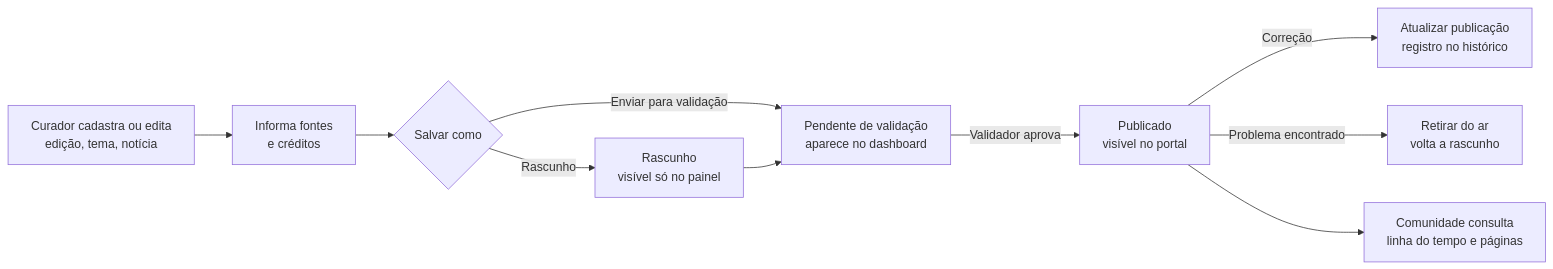
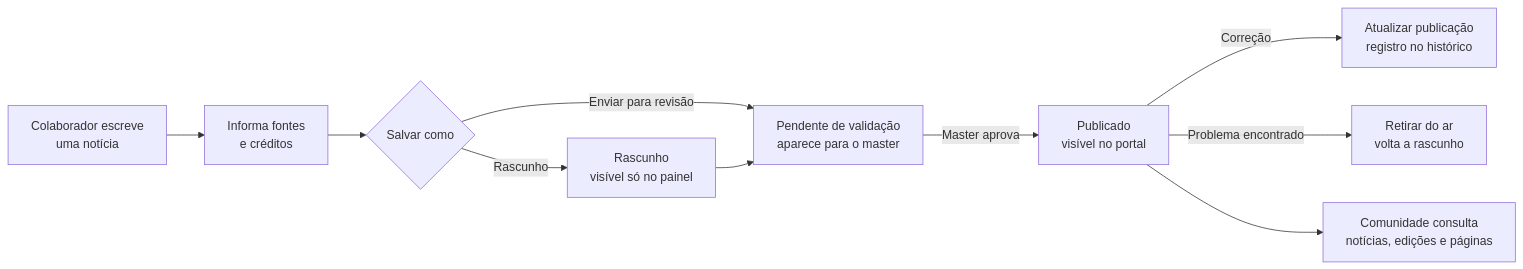
Before and after one commit to PedroHenriQdSouza/Projeto-CJR-SC_Hist-rico-Publico-de-Eventos: the diagram in docs/01-problema-e-escopo.md, drawn with Mermaid. The commit also changed other lines of this file and 33 other files, not shown here.

````diff
--- a/docs/01-problema-e-escopo.md
+++ b/docs/01-problema-e-escopo.md
@@ -60,12 +60,12 @@
 ```mermaid
 flowchart LR
-    A[Curador cadastra ou edita<br/>edição, tema, notícia] --> B[Informa fontes<br/>e créditos]
+    A[Colaborador escreve<br/>uma notícia] --> B[Informa fontes<br/>e créditos]
     B --> C{Salvar como}
     C -->|Rascunho| D[Rascunho<br/>visível só no painel]
-    C -->|Enviar para validação| E[Pendente de validação<br/>aparece no dashboard]
+    C -->|Enviar para revisão| E[Pendente de validação<br/>aparece para o master]
     D --> E
-    E -->|Validador aprova| F[Publicado<br/>visível no portal]
+    E -->|Master aprova| F[Publicado<br/>visível no portal]
     F -->|Correção| G[Atualizar publicação<br/>registro no histórico]
     F -->|Problema encontrado| H[Retirar do ar<br/>volta a rascunho]
-    F --> I[Comunidade consulta<br/>linha do tempo e páginas]
+    F --> I[Comunidade consulta<br/>notícias, edições e páginas]
 ```
````
